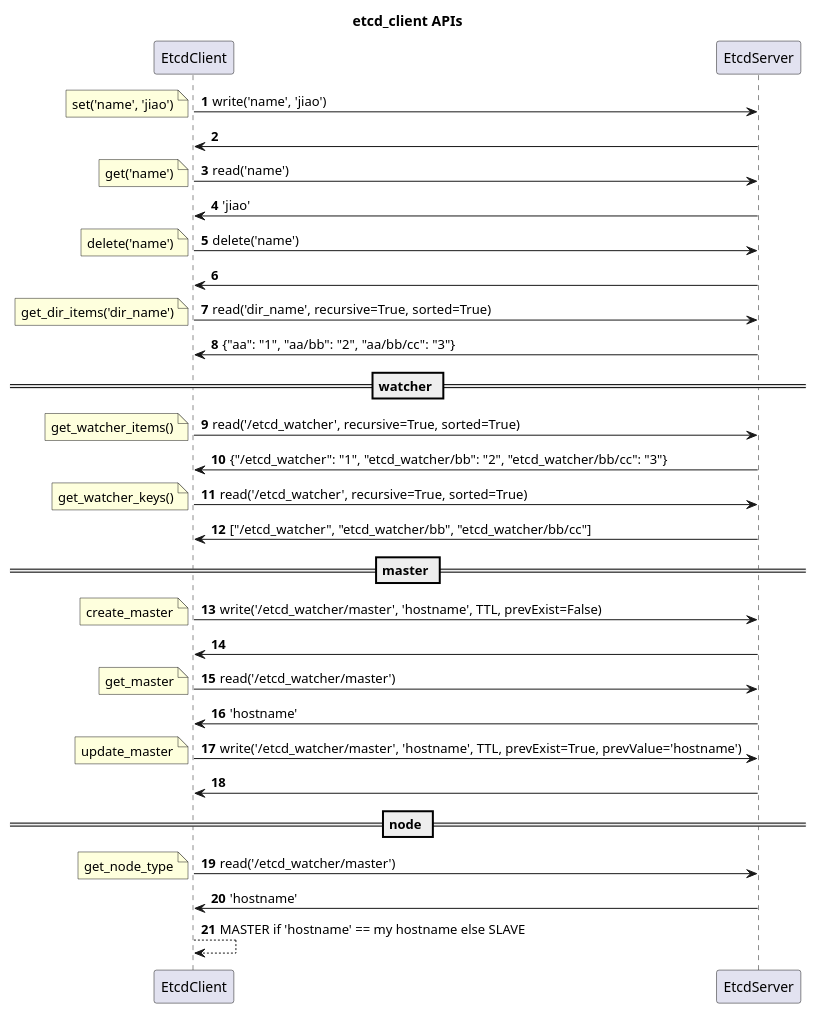
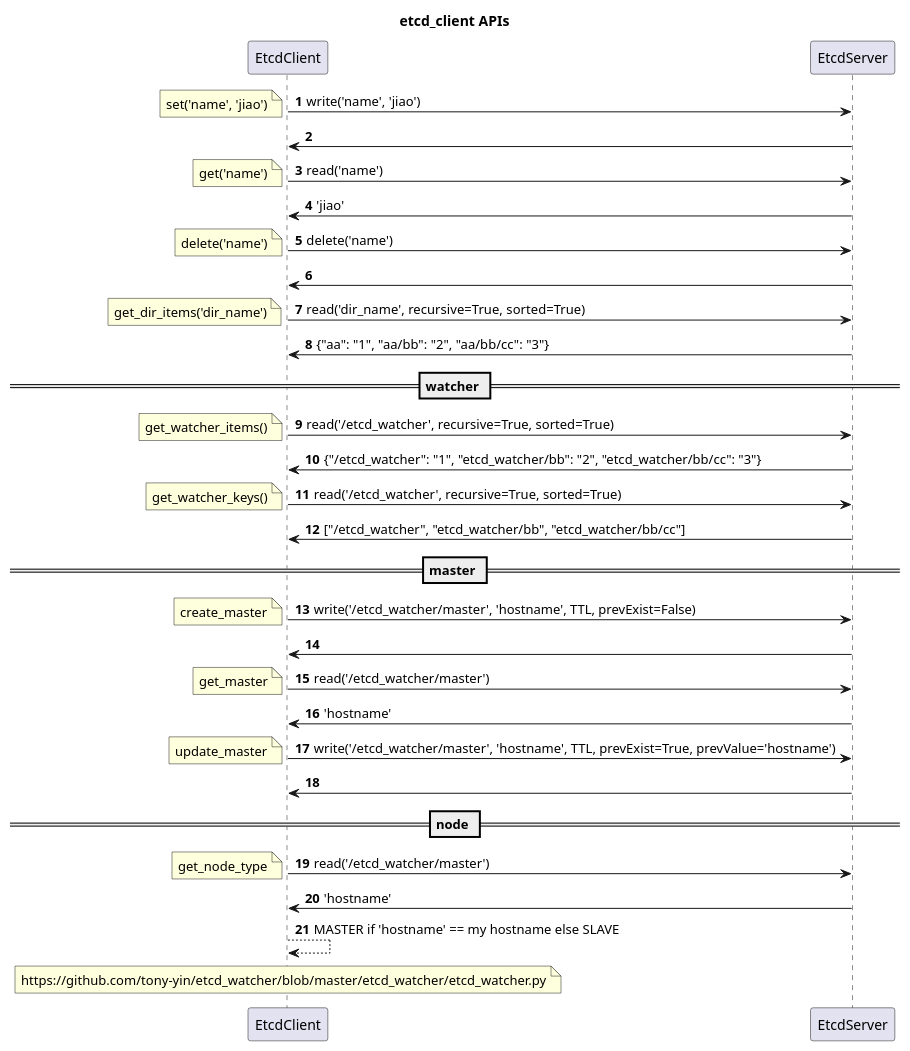
The diagram in shopee_run_task/etcd_watcher/etcd_client.wsd (caser789/umls), drawn with PlantUML before and after one commit. The commit also changed 5 other files, not shown here.

```diff
--- a/shopee_run_task/etcd_watcher/etcd_client.wsd
+++ b/shopee_run_task/etcd_watcher/etcd_client.wsd
@@ -1,56 +1,57 @@
 @startuml
 autonumber
 
 title etcd_client APIs
 
 participant EtcdClient as c
 participant EtcdServer as s
 
 c -> s: write('name', 'jiao')
 note left: set('name', 'jiao')
 s -> c:
 
 c -> s: read('name')
 note left: get('name')
 s -> c: 'jiao'
 
 c -> s: delete('name')
 note left: delete('name')
 s -> c:
 
 c -> s: read('dir_name', recursive=True, sorted=True)
 note left: get_dir_items('dir_name')
 s -> c: {"aa": "1", "aa/bb": "2", "aa/bb/cc": "3"}
 
 == watcher ==
 
 c -> s: read('/etcd_watcher', recursive=True, sorted=True)
 note left: get_watcher_items()
 s -> c: {"/etcd_watcher": "1", "etcd_watcher/bb": "2", "etcd_watcher/bb/cc": "3"}
 
 c -> s: read('/etcd_watcher', recursive=True, sorted=True)
 note left: get_watcher_keys()
 s -> c: ["/etcd_watcher", "etcd_watcher/bb", "etcd_watcher/bb/cc"]
 
 == master ==
 
 c -> s: write('/etcd_watcher/master', 'hostname', TTL, prevExist=False)
 note left: create_master
 s -> c:
 
 c -> s: read('/etcd_watcher/master')
 note left: get_master
 s -> c: 'hostname'
 
 c -> s: write('/etcd_watcher/master', 'hostname', TTL, prevExist=True, prevValue='hostname')
 note left: update_master
 s -> c:
 
 == node ==
 
 c -> s: read('/etcd_watcher/master')
 note left: get_node_type
 s -> c: 'hostname'
 c --> c: MASTER if 'hostname' == my hostname else SLAVE
 
+note over c:  https://github.com/tony-yin/etcd_watcher/blob/master/etcd_watcher/etcd_watcher.py
 @enduml
```
